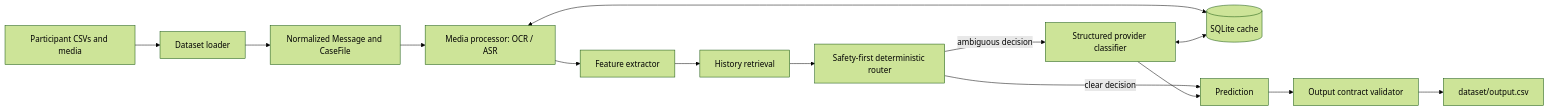
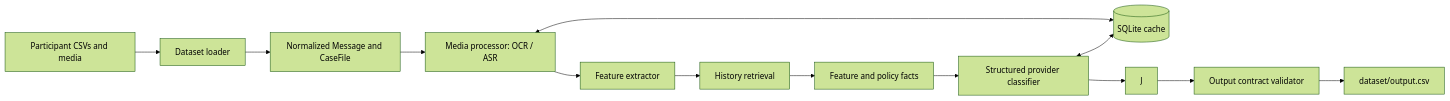
The first of 6 diagrams in ARCHITECTURE.md (shiva-reddy-1001/whatsapp-notification-router), drawn with Mermaid (forest theme) before and after one commit. The commit also changed other lines of this file and 11 other files, not shown here.

````diff
--- a/ARCHITECTURE.md
+++ b/ARCHITECTURE.md
@@ -20,16 +20,15 @@
 ```mermaid
 flowchart LR
     A["Participant CSVs and media"] --> B["Dataset loader"]
     B --> C["Normalized Message and CaseFile"]
     C --> D["Media processor: OCR / ASR"]
     D <--> E[("SQLite cache")]
     D --> F["Feature extractor"]
     F --> G["History retrieval"]
-    G --> H["Safety-first deterministic router"]
-    H -->|"clear decision"| J["Prediction"]
-    H -->|"ambiguous decision"| I["Structured provider classifier"]
+    G --> H["Feature and policy facts"]
+    H --> I["Structured provider classifier"]
     I <--> E
     I --> J
     J --> K["Output contract validator"]
     K --> L["dataset/output.csv"]
 ```
````
